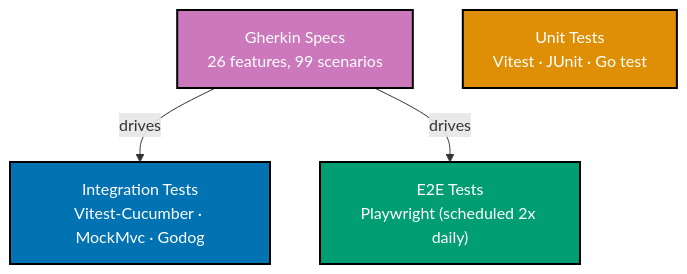
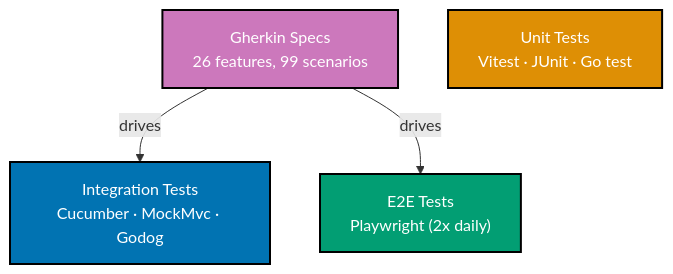
Before and after one commit to wahidyankf/open-sharia-enterprise: the second of 2 diagrams in apps/ose-web/content/updates/2026-03-08-phase-1-week-4-organiclever-takes-shape.md, drawn with Mermaid. The commit also changed 5 other files, not shown here.

First line of the commit message:
fix(diagrams): fix pre-existing Mermaid violations exposed by rename

````diff
--- a/apps/ose-web/content/updates/2026-03-08-phase-1-week-4-organiclever-takes-shape.md
+++ b/apps/ose-web/content/updates/2026-03-08-phase-1-week-4-organiclever-takes-shape.md
@@ -62,16 +62,16 @@
 ```mermaid
 %% Color Palette: Purple #CC78BC (specs), Orange #DE8F05 (unit), Blue #0173B2 (integration), Teal #029E73 (e2e)
 graph TD
     GK["Gherkin Specs<br/>26 features, 99 scenarios"]:::specs
     UT["Unit Tests<br/>Vitest · JUnit · Go test"]:::unit
-    IT["Integration Tests<br/>Vitest-Cucumber · MockMvc · Godog"]:::integration
-    E2E["E2E Tests<br/>Playwright (scheduled 2x daily)"]:::e2e
+    IT["Integration Tests<br/>Cucumber · MockMvc · Godog"]:::integration
+    E2E["E2E Tests<br/>Playwright (2x daily)"]:::e2e
 
     GK -->|"drives"| IT
     GK -->|"drives"| E2E
 
     classDef specs fill:#CC78BC,stroke:#000000,color:#FFFFFF,stroke-width:2px
     classDef unit fill:#DE8F05,stroke:#000000,color:#FFFFFF,stroke-width:2px
     classDef integration fill:#0173B2,stroke:#000000,color:#FFFFFF,stroke-width:2px
     classDef e2e fill:#029E73,stroke:#000000,color:#FFFFFF,stroke-width:2px
 ```
````
